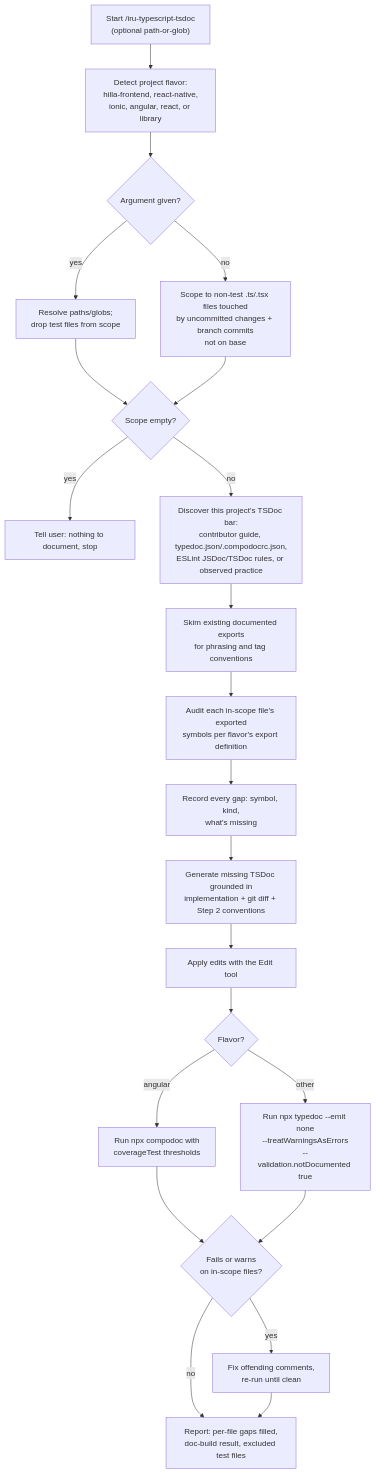
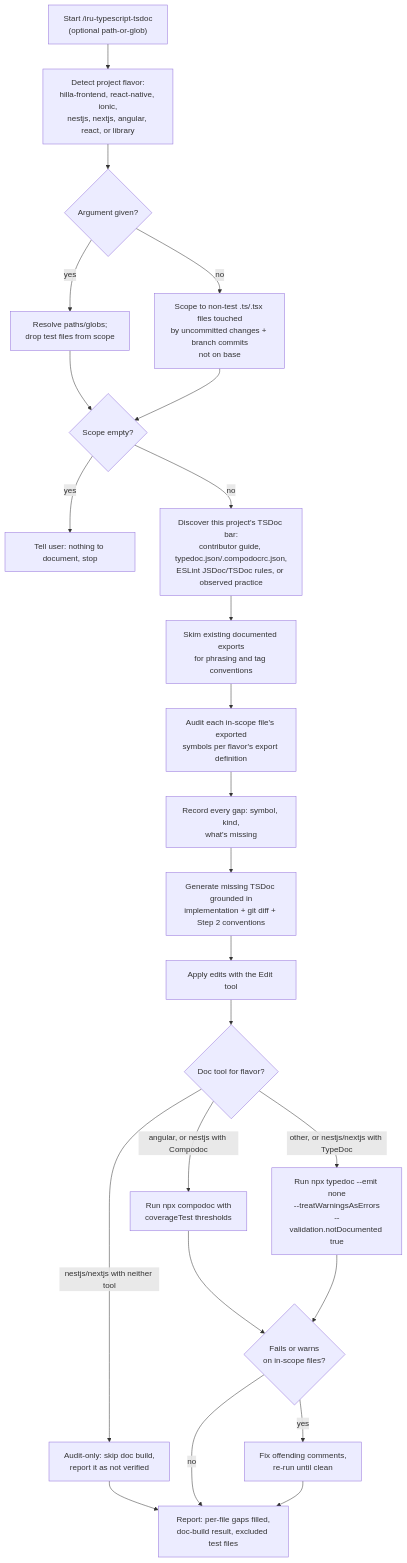
The diagram in docs/modules/ROOT/pages/skills/iru-typescript-tsdoc.adoc (albertoirurueta/ai-catalog), drawn with Mermaid before and after one commit. The commit also changed other lines of this file and 234 other files, not shown here.

```diff
--- a/docs/modules/ROOT/pages/skills/iru-typescript-tsdoc.adoc
+++ b/docs/modules/ROOT/pages/skills/iru-typescript-tsdoc.adoc
@@ -67,25 +73,27 @@
 [mermaid]
 ....
 flowchart TD
-    A["Start /iru-typescript-tsdoc\n(optional path-or-glob)"] --> B["Detect project flavor:\nhilla-frontend, react-native,\nionic, angular, react, or library"]
+    A["Start /iru-typescript-tsdoc\n(optional path-or-glob)"] --> B["Detect project flavor:\nhilla-frontend, react-native, ionic,\nnestjs, nextjs, angular, react, or library"]
     B --> C{Argument given?}
     C -- yes --> D["Resolve paths/globs;\ndrop test files from scope"]
     C -- no --> E["Scope to non-test .ts/.tsx files touched\nby uncommitted changes + branch commits\nnot on base"]
     D --> F{Scope empty?}
     E --> F
     F -- yes --> G["Tell user: nothing to document, stop"]
     F -- no --> H["Discover this project's TSDoc bar:\ncontributor guide, typedoc.json/.compodocrc.json,\nESLint JSDoc/TSDoc rules, or observed practice"]
     H --> I["Skim existing documented exports\nfor phrasing and tag conventions"]
     I --> J["Audit each in-scope file's exported\nsymbols per flavor's export definition"]
     J --> K["Record every gap: symbol, kind,\nwhat's missing"]
     K --> L["Generate missing TSDoc grounded in\nimplementation + git diff + Step 2 conventions"]
     L --> M["Apply edits with the Edit tool"]
-    M --> N{Flavor?}
-    N -- angular --> O["Run npx compodoc with\ncoverageTest thresholds"]
-    N -- other --> P["Run npx typedoc --emit none\n--treatWarningsAsErrors\n--validation.notDocumented true"]
+    M --> N{Doc tool for flavor?}
+    N -- "angular, or nestjs with Compodoc" --> O["Run npx compodoc with\ncoverageTest thresholds"]
+    N -- "other, or nestjs/nextjs with TypeDoc" --> P["Run npx typedoc --emit none\n--treatWarningsAsErrors\n--validation.notDocumented true"]
+    N -- "nestjs/nextjs with neither tool" --> U["Audit-only: skip doc build,\nreport it as not verified"]
+    U --> S
     O --> Q{Fails or warns\non in-scope files?}
     P --> Q
     Q -- yes --> R["Fix offending comments,\nre-run until clean"]
     Q -- no --> S["Report: per-file gaps filled,\ndoc-build result, excluded test files"]
     R --> S
 ....
```
